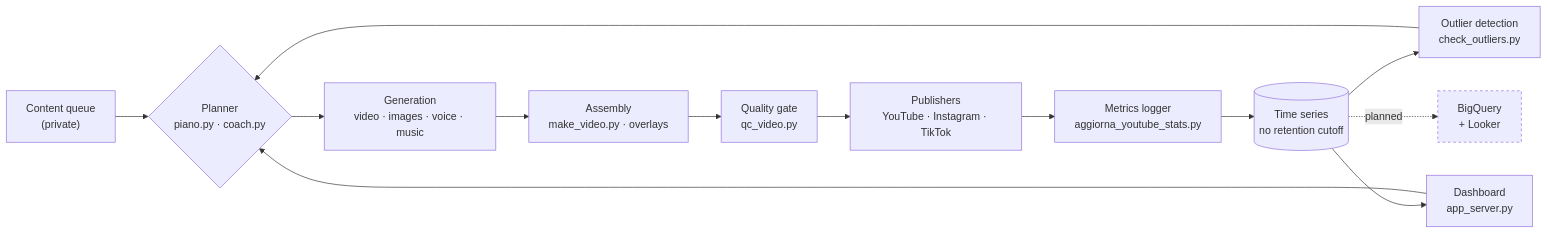
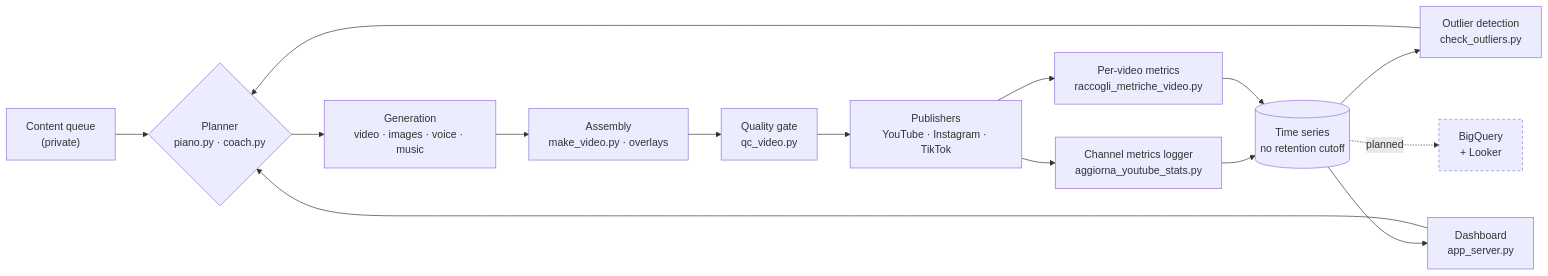
One commit to matteobalducci/calciovich-content-pipeline changed the diagram in README.md. Above: the diagram before and after it, drawn with Mermaid. The commit also changed other lines of this file and 8 other files, not shown here.

````diff
--- a/README.md
+++ b/README.md
@@ -31,16 +31,18 @@
 ```mermaid
 flowchart LR
   Q["Content queue<br/>(private)"] --> P{"Planner<br/>piano.py · coach.py"}
   P --> G["Generation<br/>video · images · voice · music"]
   G --> A["Assembly<br/>make_video.py · overlays"]
   A --> QC["Quality gate<br/>qc_video.py"]
   QC --> PUB["Publishers<br/>YouTube · Instagram · TikTok"]
-  PUB --> M["Metrics logger<br/>aggiorna_youtube_stats.py"]
+  PUB --> M["Channel metrics logger<br/>aggiorna_youtube_stats.py"]
+  PUB --> M2["Per-video metrics<br/>raccogli_metriche_video.py"]
   M --> TS[("Time series<br/>no retention cutoff")]
+  M2 --> TS
   TS --> OUT["Outlier detection<br/>check_outliers.py"]
   TS --> DASH["Dashboard<br/>app_server.py"]
   OUT --> P
   DASH --> P
   TS -.planned.-> BQ["BigQuery<br/>+ Looker"]
   style BQ stroke-dasharray: 4 4
 ```
````
